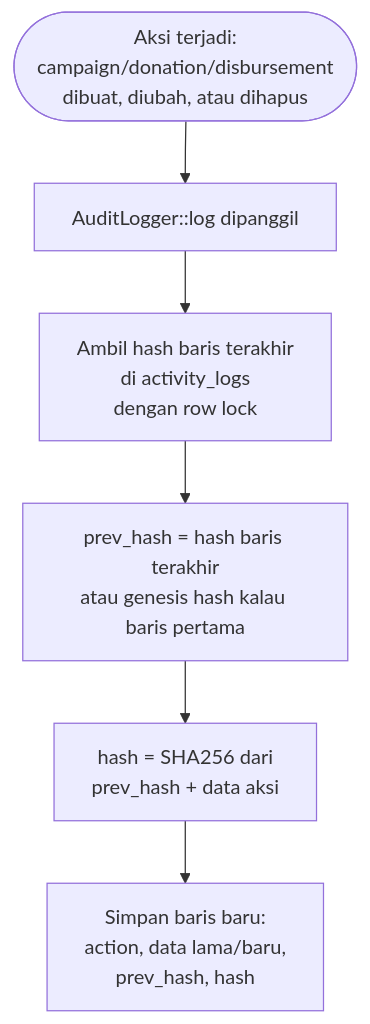
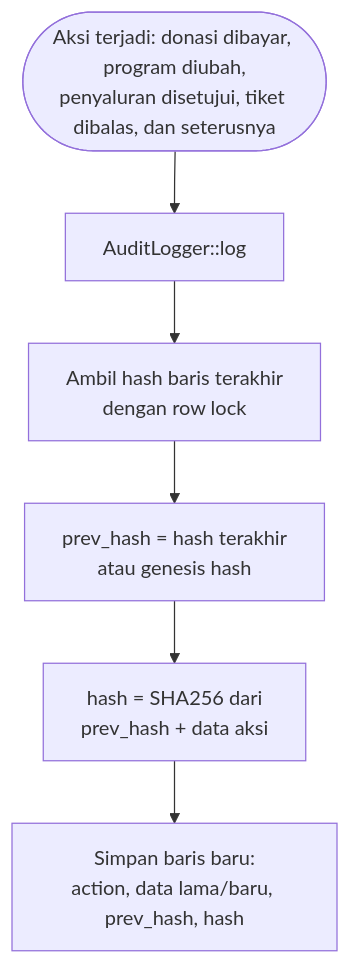
Before and after one commit to muhammad-rapi/sidona: the seventh of 12 diagrams in docs/ALUR_KERJA.md, drawn with Mermaid. The commit also changed other lines of this file and 2 other files, not shown here.

````diff
--- a/docs/ALUR_KERJA.md
+++ b/docs/ALUR_KERJA.md
@@ -144,8 +177,8 @@
 ```mermaid
 flowchart TD
-    A([Aksi terjadi:\ncampaign/donation/disbursement\ndibuat, diubah, atau dihapus]) --> B[AuditLogger::log dipanggil]
-    B --> C[Ambil hash baris terakhir\ndi activity_logs\ndengan row lock]
-    C --> D[prev_hash = hash baris terakhir\natau genesis hash kalau baris pertama]
+    A([Aksi terjadi: donasi dibayar, program diubah,\npenyaluran disetujui, tiket dibalas, dan seterusnya]) --> B[AuditLogger::log]
+    B --> C[Ambil hash baris terakhir\ndengan row lock]
+    C --> D[prev_hash = hash terakhir\natau genesis hash]
     D --> E[hash = SHA256 dari\nprev_hash + data aksi]
-    E --> F[Simpan baris baru:\naction, data lama/baru,\nprev_hash, hash]
+    E --> F[Simpan baris baru:\naction, data lama/baru, prev_hash, hash]
 ```
````
